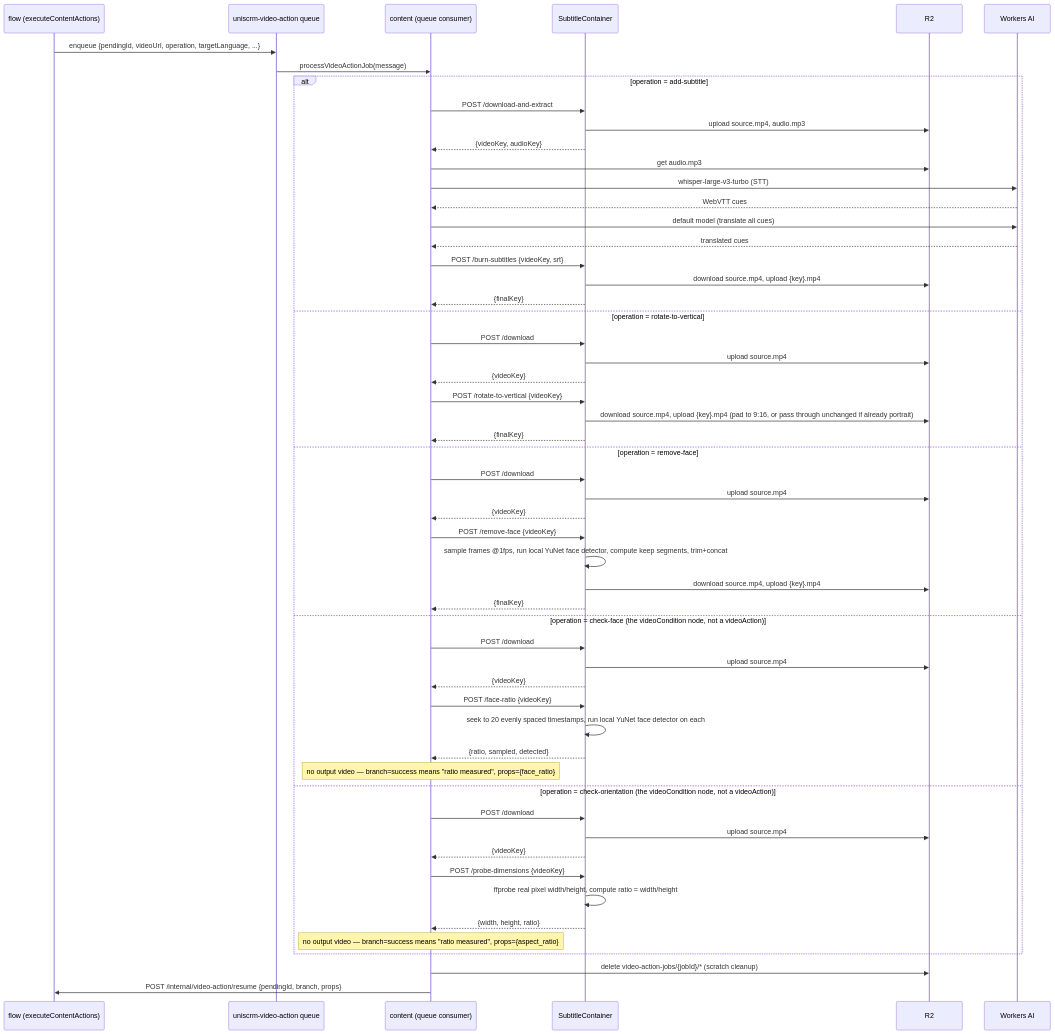
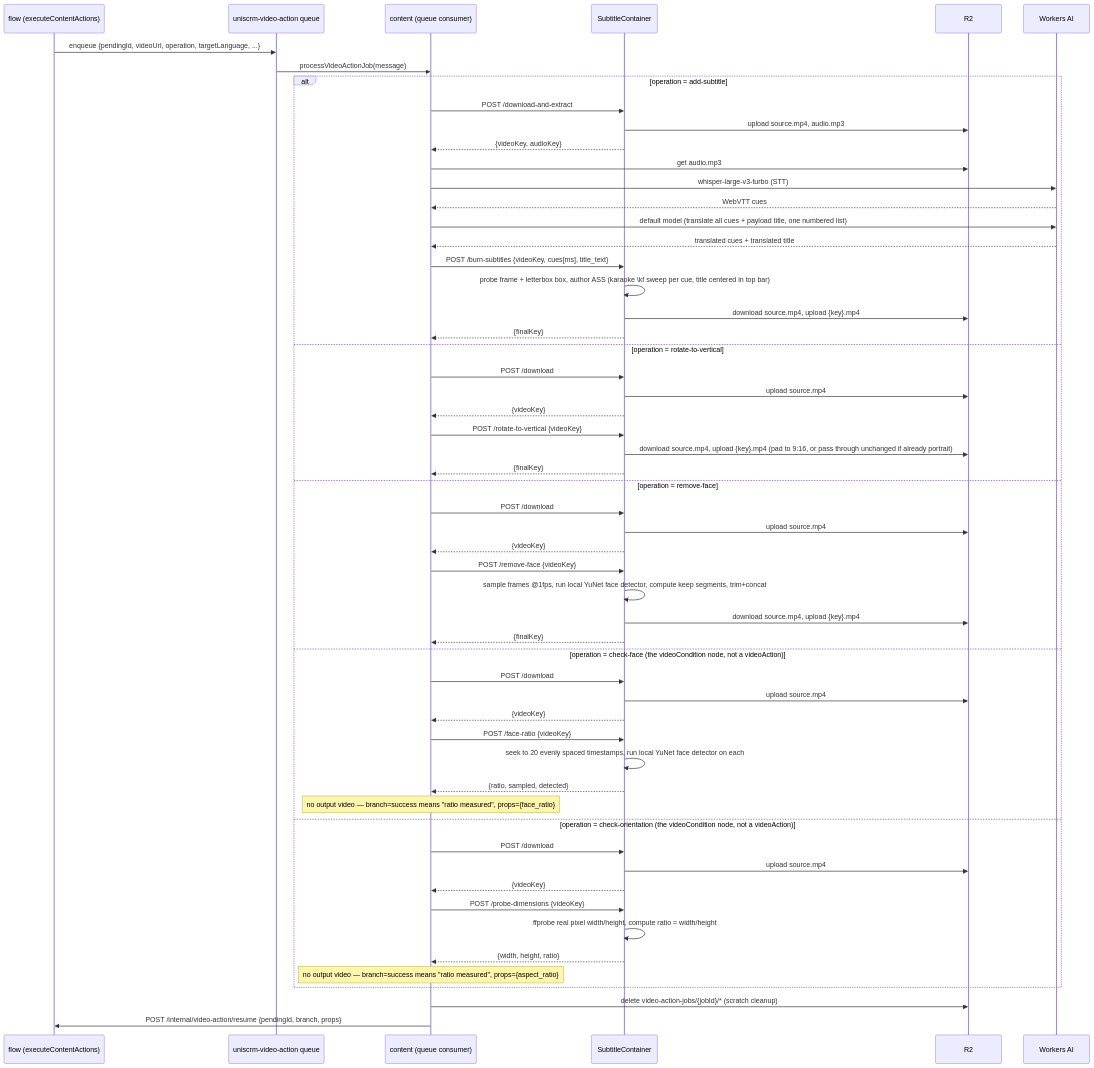
The diagram in content/src/services/video-action/sequence.md (zcqqq/uniscrm-web), drawn with Mermaid before and after one commit. The commit also changed 9 other files, not shown here.

First line of the commit message:
feat(content): Add Subtitle burns a translated title overlay and karaoke-sweep highlight

````diff
--- a/content/src/services/video-action/sequence.md
+++ b/content/src/services/video-action/sequence.md
@@ -3,58 +3,59 @@
 ```mermaid
 sequenceDiagram
     participant Flow as flow (executeContentActions)
     participant Queue as uniscrm-video-action queue
     participant Content as content (queue consumer)
     participant Container as SubtitleContainer
     participant R2
     participant AI as Workers AI
 
     Flow->>Queue: enqueue {pendingId, videoUrl, operation, targetLanguage, ...}
     Queue->>Content: processVideoActionJob(message)
     alt operation = add-subtitle
         Content->>Container: POST /download-and-extract
         Container->>R2: upload source.mp4, audio.mp3
         Container-->>Content: {videoKey, audioKey}
         Content->>R2: get audio.mp3
         Content->>AI: whisper-large-v3-turbo (STT)
         AI-->>Content: WebVTT cues
-        Content->>AI: default model (translate all cues)
-        AI-->>Content: translated cues
-        Content->>Container: POST /burn-subtitles {videoKey, srt}
+        Content->>AI: default model (translate all cues + payload title, one numbered list)
+        AI-->>Content: translated cues + translated title
+        Content->>Container: POST /burn-subtitles {videoKey, cues[ms], title_text}
+        Container->>Container: probe frame + letterbox box, author ASS (karaoke \kf sweep per cue, title centered in top bar)
         Container->>R2: download source.mp4, upload {key}.mp4
         Container-->>Content: {finalKey}
     else operation = rotate-to-vertical
         Content->>Container: POST /download
         Container->>R2: upload source.mp4
         Container-->>Content: {videoKey}
         Content->>Container: POST /rotate-to-vertical {videoKey}
         Container->>R2: download source.mp4, upload {key}.mp4 (pad to 9:16, or pass through unchanged if already portrait)
         Container-->>Content: {finalKey}
     else operation = remove-face
         Content->>Container: POST /download
         Container->>R2: upload source.mp4
         Container-->>Content: {videoKey}
         Content->>Container: POST /remove-face {videoKey}
         Container->>Container: sample frames @1fps, run local YuNet face detector, compute keep segments, trim+concat
         Container->>R2: download source.mp4, upload {key}.mp4
         Container-->>Content: {finalKey}
     else operation = check-face (the videoCondition node, not a videoAction)
         Content->>Container: POST /download
         Container->>R2: upload source.mp4
         Container-->>Content: {videoKey}
         Content->>Container: POST /face-ratio {videoKey}
         Container->>Container: seek to 20 evenly spaced timestamps, run local YuNet face detector on each
         Container-->>Content: {ratio, sampled, detected}
         Note over Content: no output video — branch=success means "ratio measured", props={face_ratio}
     else operation = check-orientation (the videoCondition node, not a videoAction)
         Content->>Container: POST /download
         Container->>R2: upload source.mp4
         Container-->>Content: {videoKey}
         Content->>Container: POST /probe-dimensions {videoKey}
         Container->>Container: ffprobe real pixel width/height, compute ratio = width/height
         Container-->>Content: {width, height, ratio}
         Note over Content: no output video — branch=success means "ratio measured", props={aspect_ratio}
     end
     Content->>R2: delete video-action-jobs/{jobId}/* (scratch cleanup)
     Content->>Flow: POST /internal/video-action/resume {pendingId, branch, props}
 ```
````
